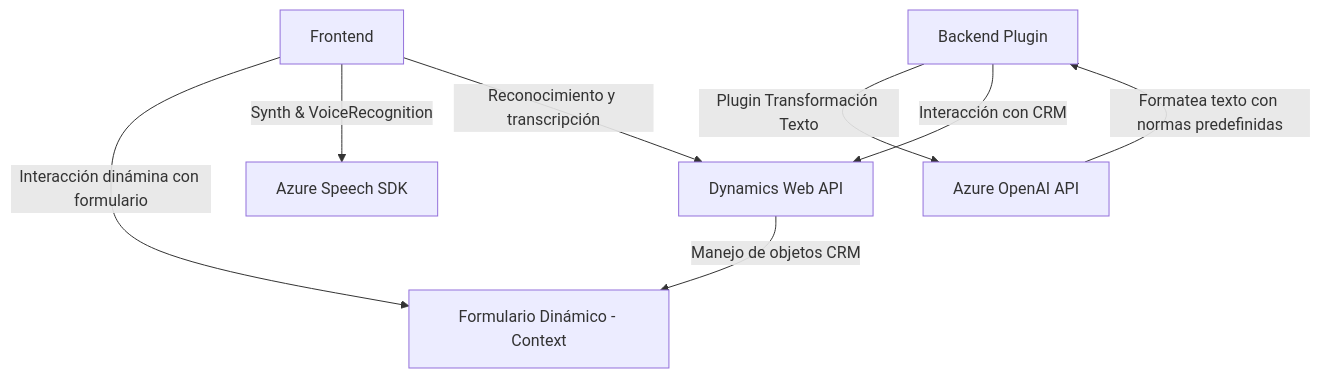
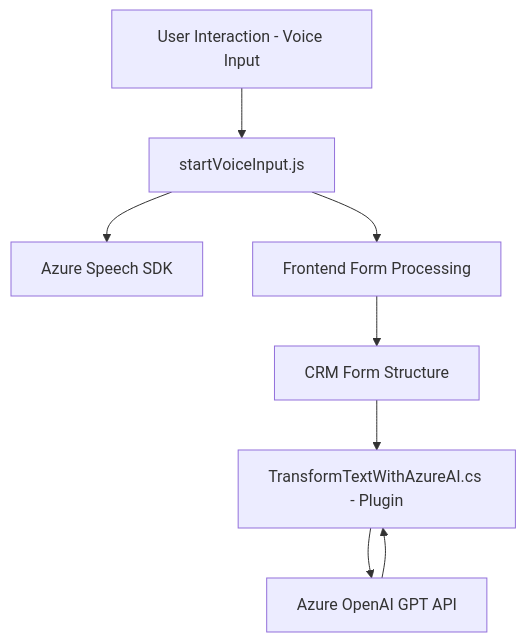
The diagram in README.md (blopezdm/NETCORE_BILBAO2025), drawn with Mermaid before and after one commit. The commit also changed other lines of this file, not shown here.

Commit message:
Actualizar análisis global de la solución con IA

````diff
--- a/README.md
+++ b/README.md
@@ -33,18 +42,18 @@
 ```mermaid
 graph TD
-  A["Frontend"]
-  B["Backend Plugin"]
-  C["Formulario Dinámico - Context"]
-  D["Azure Speech SDK"]
-  E["Azure OpenAI API"]
-  F["Dynamics Web API"]
-  
-  A -- "Interacción dinámina con formulario" --> C
-  A -- "Synth & VoiceRecognition" --> D
-  A -- "Reconocimiento y transcripción" --> F
-  
-  B -- "Plugin Transformación Texto" --> E
-  E -- "Formatea texto con normas predefinidas" --> B
-  B -- "Interacción con CRM" --> F
-  F -- "Manejo de objetos CRM" --> C
+    A["User Interaction - Voice Input"]
+    B["startVoiceInput.js"]
+    C["Azure Speech SDK"]
+    D["Azure OpenAI GPT API"]
+    E["Frontend Form Processing"]
+    F["CRM Form Structure"]
+    G["TransformTextWithAzureAI.cs - Plugin"]
+
+    A --> B
+    B --> C
+    B --> E
+    E --> F
+    F --> G
+    G --> D
+    D --> G
 ```
````
